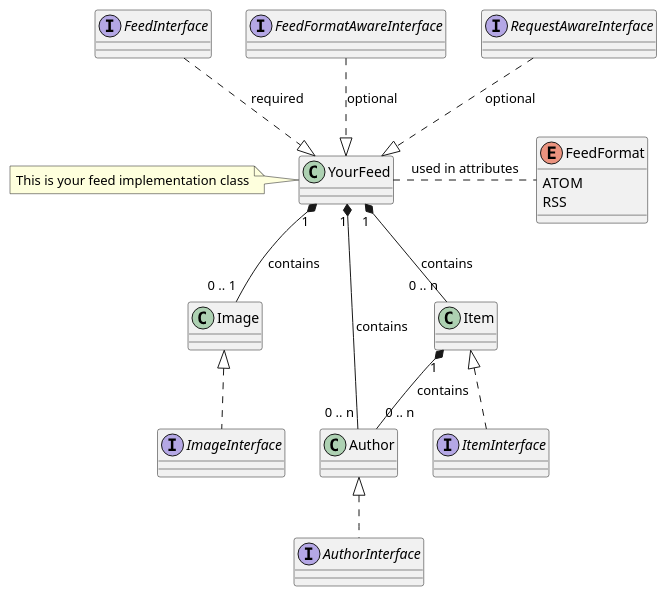
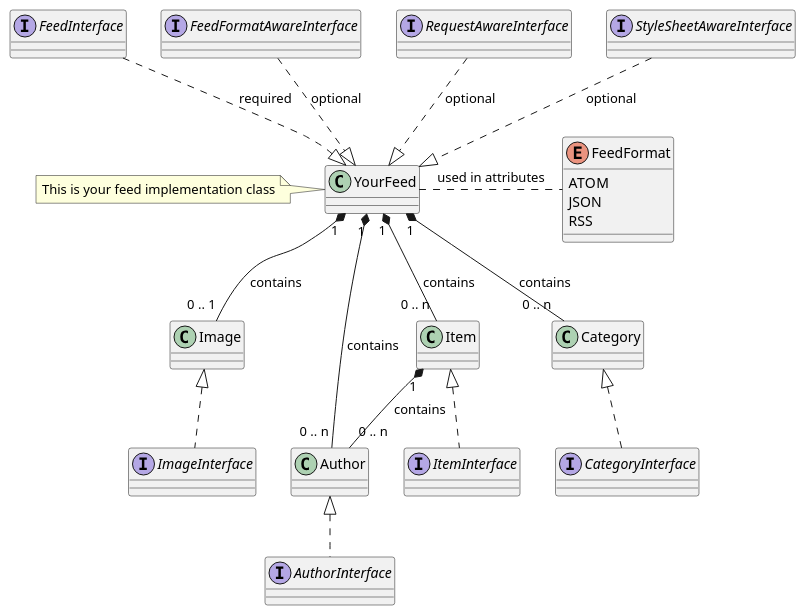
The diagram in Documentation/API/Index.rst (brotkrueml/typo3-feed-generator), drawn with PlantUML before and after one commit. The commit also changed 10 other files, not shown here.

```diff
--- a/Documentation/API/Index.rst
+++ b/Documentation/API/Index.rst
@@ -18,38 +18,44 @@
 .. uml::
 
    enum FeedFormat {
       ATOM
+      JSON
       RSS
    }
 
    interface AuthorInterface
+   interface CategoryInterface
    interface FeedInterface
    interface FeedFormatAwareInterface
    interface ImageInterface
    interface ItemInterface
    interface RequestAwareInterface
+   interface StyleSheetAwareInterface
 
    class Author
    class Image
    class Item
 
    class YourFeed
    note left: This is your feed implementation class
 
    YourFeed -[hidden]> FeedFormat
 
 
    Author <|.. AuthorInterface
+   Category <|.. CategoryInterface
    Image <|.. ImageInterface
    Item <|.. ItemInterface
 
    FeedInterface ..|> YourFeed : required
    FeedFormatAwareInterface ..|> YourFeed : optional
    RequestAwareInterface ..|> YourFeed : optional
+   StyleSheetAwareInterface ..|> YourFeed : optional
 
    Item "1" *-- "0 .. n" Author : contains
 
    YourFeed "1" *-- "0 .. n" Author : contains
+   YourFeed "1" *-- "0 .. n" Category : contains
    YourFeed "1" *-- "0 .. 1" Image : contains
    YourFeed "1" *-- "0 .. n" Item : contains
    YourFeed .. FeedFormat : used in attributes
```
